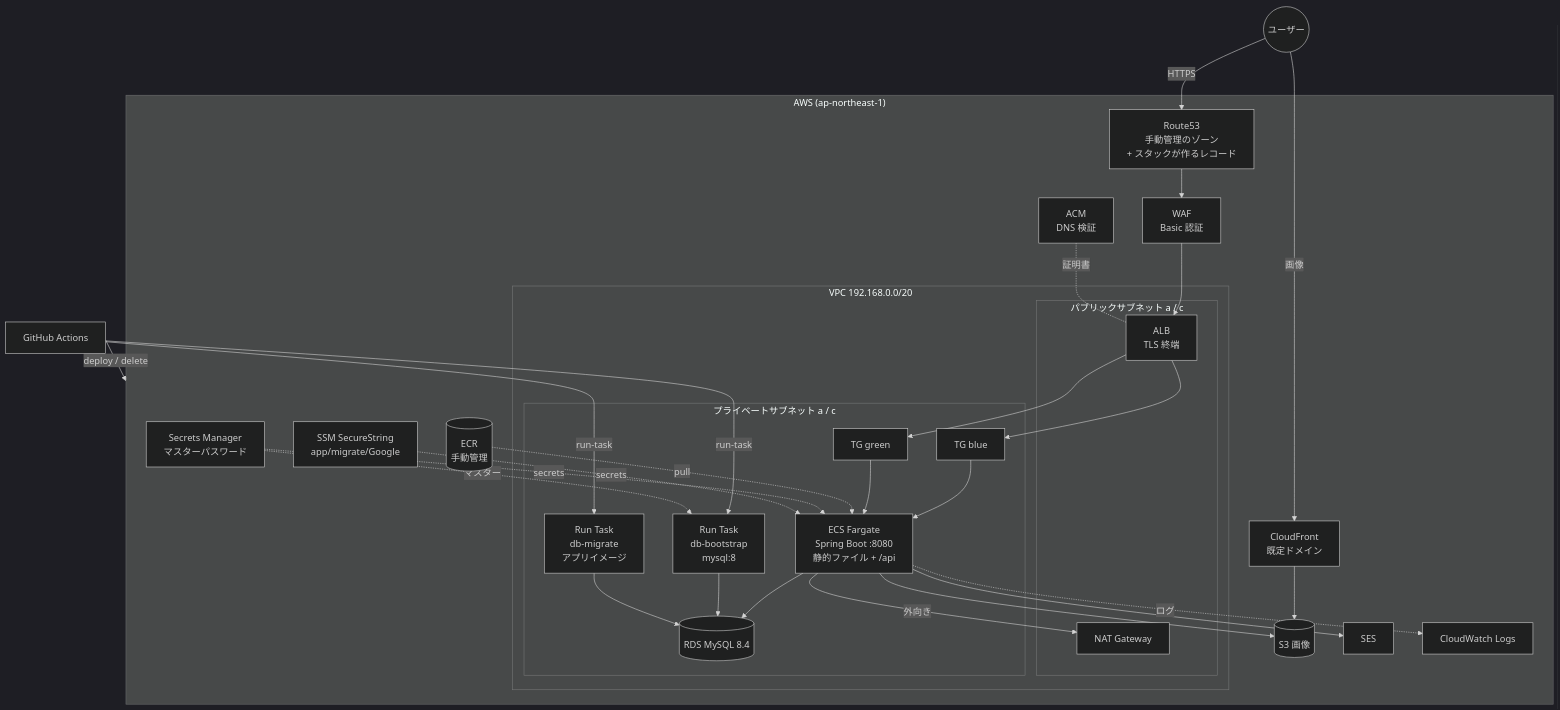
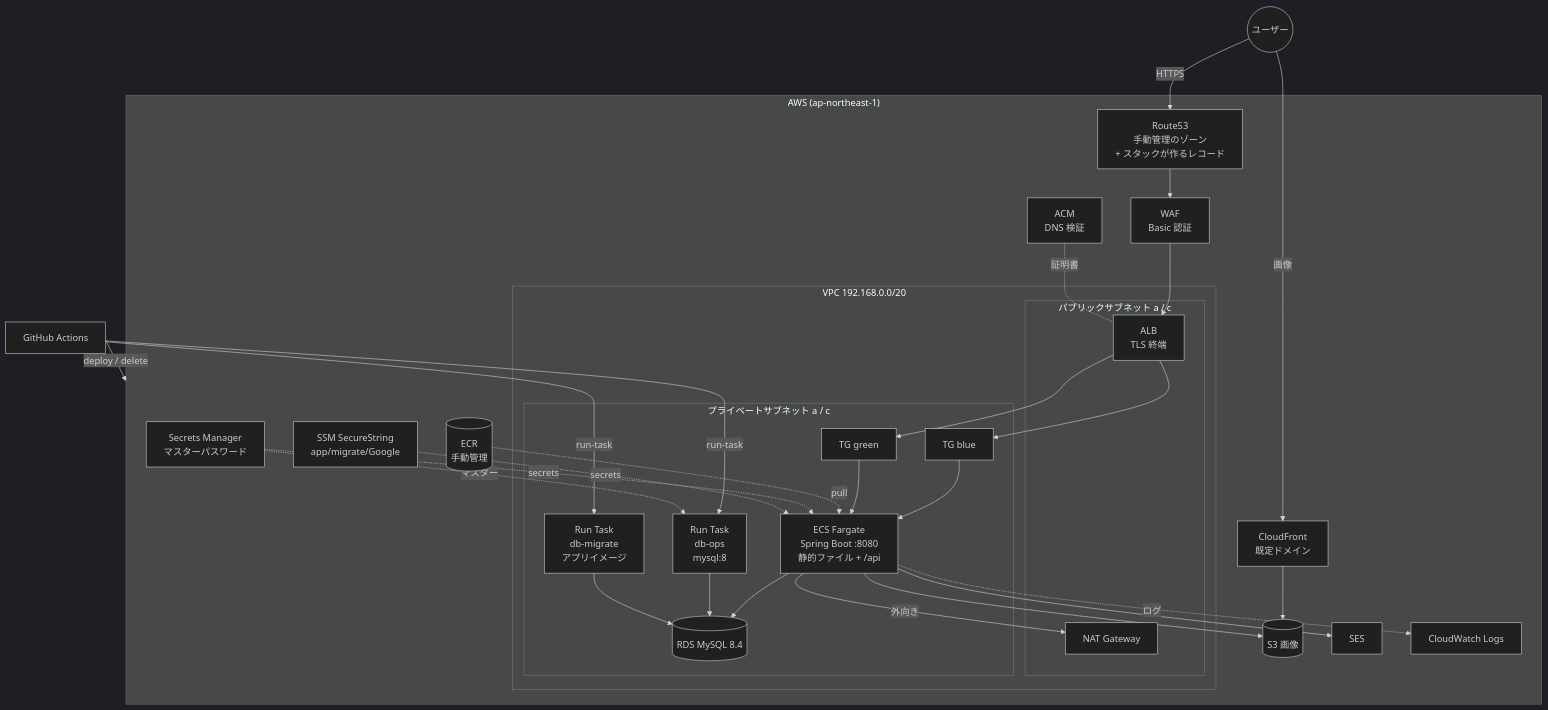
Before and after one commit to 0000masa/nuxt-java-practice: the diagram in docs/superpowers/specs/2026-08-19-phase13-cloudformation-design.md, drawn with Mermaid (dark theme). The commit also changed other lines of this file and 2 other files, not shown here.

First line of the commit message:
docs: 設計書に実装後の追記を入れ ADR の名称を db-ops に揃える

````diff
--- a/docs/superpowers/specs/2026-08-19-phase13-cloudformation-design.md
+++ b/docs/superpowers/specs/2026-08-19-phase13-cloudformation-design.md
@@ -330,52 +411,52 @@
 ```mermaid
 flowchart TB
     User((ユーザー))
     GHA[GitHub Actions]
 
     subgraph AWS["AWS (ap-northeast-1)"]
         R53[Route53<br/>手動管理のゾーン<br/>+ スタックが作るレコード]
         ACM[ACM<br/>DNS 検証]
         WAF[WAF<br/>Basic 認証]
         ECR[(ECR<br/>手動管理)]
 
         subgraph VPC["VPC 192.168.0.0/20"]
             subgraph Public["パブリックサブネット a / c"]
                 ALB[ALB<br/>TLS 終端]
                 NAT[NAT Gateway]
             end
             subgraph Private["プライベートサブネット a / c"]
                 TGA[TG blue]
                 TGB[TG green]
                 App[ECS Fargate<br/>Spring Boot :8080<br/>静的ファイル + /api]
-                Boot[Run Task<br/>db-bootstrap<br/>mysql:8]
+                Boot[Run Task<br/>db-ops<br/>mysql:8]
                 Mig[Run Task<br/>db-migrate<br/>アプリイメージ]
                 RDS[(RDS MySQL 8.4)]
             end
         end
 
         SM[Secrets Manager<br/>マスターパスワード]
         SSM[SSM SecureString<br/>app/migrate/Google]
         S3[(S3 画像)]
         CF[CloudFront<br/>既定ドメイン]
         SES[SES]
         CWL[CloudWatch Logs]
     end
 
     User -->|HTTPS| R53 --> WAF --> ALB
     ACM -.証明書.- ALB
     ALB --> TGA & TGB --> App
     App --> RDS
     App --> SES
     App --> S3
     User -->|画像| CF --> S3
     App -.ログ.-> CWL
     App -->|外向き| NAT
     ECR -.pull.-> App
     SM -.secrets.-> App
     SSM -.secrets.-> App
     GHA -->|deploy / delete| AWS
     GHA -->|run-task| Boot & Mig
     Boot --> RDS
     Mig --> RDS
     SM -.マスター.-> Boot
 ```
````
